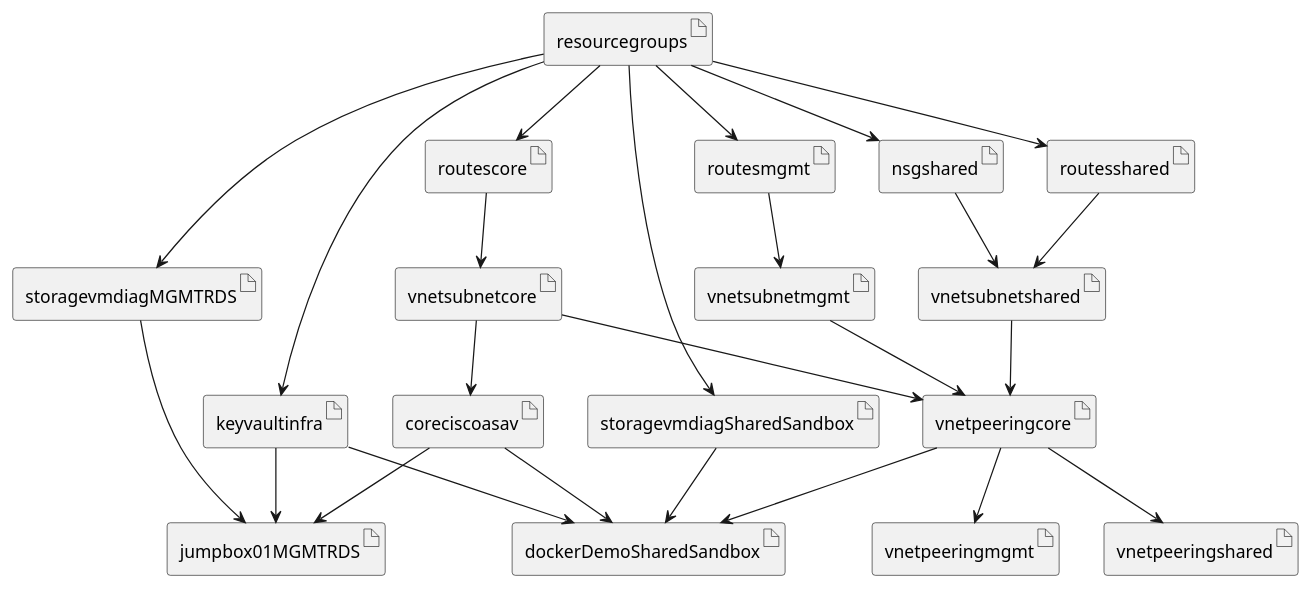
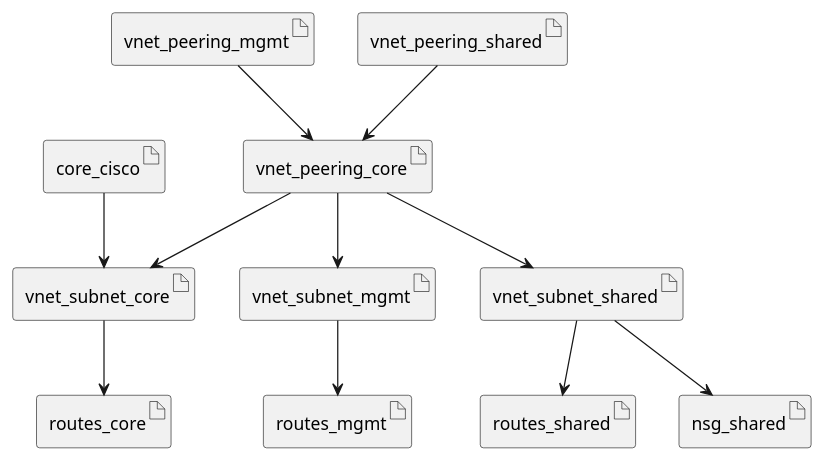
The diagram in Deployments/demov3/cisco/demo-core-cisco-1-firewall-nsg/diagram/dependsOn.puml (canada-ca/accelerators_accelerateurs-azure), drawn with PlantUML before and after one commit. The commit also changed 35 other files, not shown here.

Commit message:
Updating diagrams

```diff
--- a/Deployments/demov3/cisco/demo-core-cisco-1-firewall-nsg/diagram/dependsOn.puml
+++ b/Deployments/demov3/cisco/demo-core-cisco-1-firewall-nsg/diagram/dependsOn.puml
@@ -1,46 +1,26 @@
 @startuml
 
-artifact resourcegroups
-artifact keyvaultinfra
-artifact routescore
-artifact routesmgmt
-artifact routesshared
-artifact nsgshared
-artifact vnetsubnetcore
-artifact vnetsubnetmgmt
-artifact vnetsubnetshared
-artifact vnetpeeringcore
-artifact vnetpeeringmgmt
-artifact vnetpeeringshared
-artifact storagevmdiagMGMTRDS
-artifact storagevmdiagSharedSandbox
-artifact coreciscoasav
-artifact jumpbox01MGMTRDS
-artifact dockerDemoSharedSandbox
+artifact routes_core
+artifact routes_mgmt
+artifact routes_shared
+artifact nsg_shared
+artifact vnet_subnet_core
+artifact vnet_subnet_mgmt
+artifact vnet_subnet_shared
+artifact vnet_peering_core
+artifact vnet_peering_mgmt
+artifact vnet_peering_shared
+artifact core_cisco
 
-resourcegroups --> keyvaultinfra
-resourcegroups --> routescore
-resourcegroups --> routesmgmt
-resourcegroups --> routesshared
-resourcegroups --> nsgshared
-resourcegroups --> storagevmdiagMGMTRDS
-resourcegroups --> storagevmdiagSharedSandbox
-routescore --> vnetsubnetcore
-routesmgmt --> vnetsubnetmgmt
-routesshared --> vnetsubnetshared
-nsgshared --> vnetsubnetshared
-vnetsubnetcore --> coreciscoasav
-vnetpeeringcore --> dockerDemoSharedSandbox
-vnetpeeringcore --> vnetpeeringmgmt
-vnetpeeringcore --> vnetpeeringshared
-vnetsubnetcore --> vnetpeeringcore
-vnetsubnetmgmt --> vnetpeeringcore
-vnetsubnetshared --> vnetpeeringcore
-storagevmdiagMGMTRDS --> jumpbox01MGMTRDS
-coreciscoasav --> jumpbox01MGMTRDS
-storagevmdiagSharedSandbox --> dockerDemoSharedSandbox
-coreciscoasav --> dockerDemoSharedSandbox
-keyvaultinfra --> jumpbox01MGMTRDS
-keyvaultinfra --> dockerDemoSharedSandbox
+vnet_subnet_core --> routes_core
+vnet_subnet_mgmt --> routes_mgmt
+vnet_subnet_shared --> routes_shared
+vnet_subnet_shared --> nsg_shared
+vnet_peering_core --> vnet_subnet_core
+vnet_peering_core --> vnet_subnet_mgmt
+vnet_peering_core --> vnet_subnet_shared
+vnet_peering_mgmt --> vnet_peering_core
+vnet_peering_shared --> vnet_peering_core
+core_cisco --> vnet_subnet_core
 
 @enduml
```
